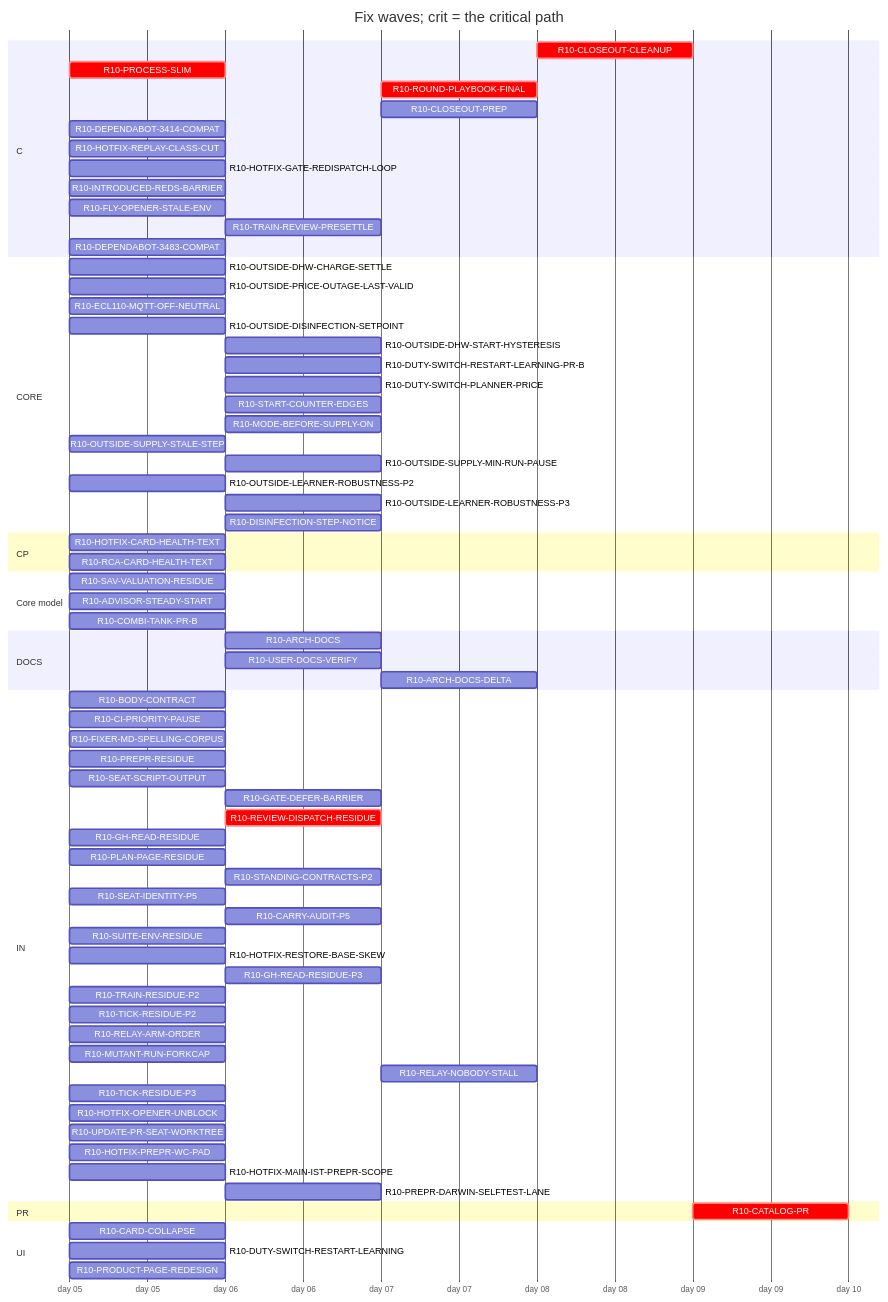
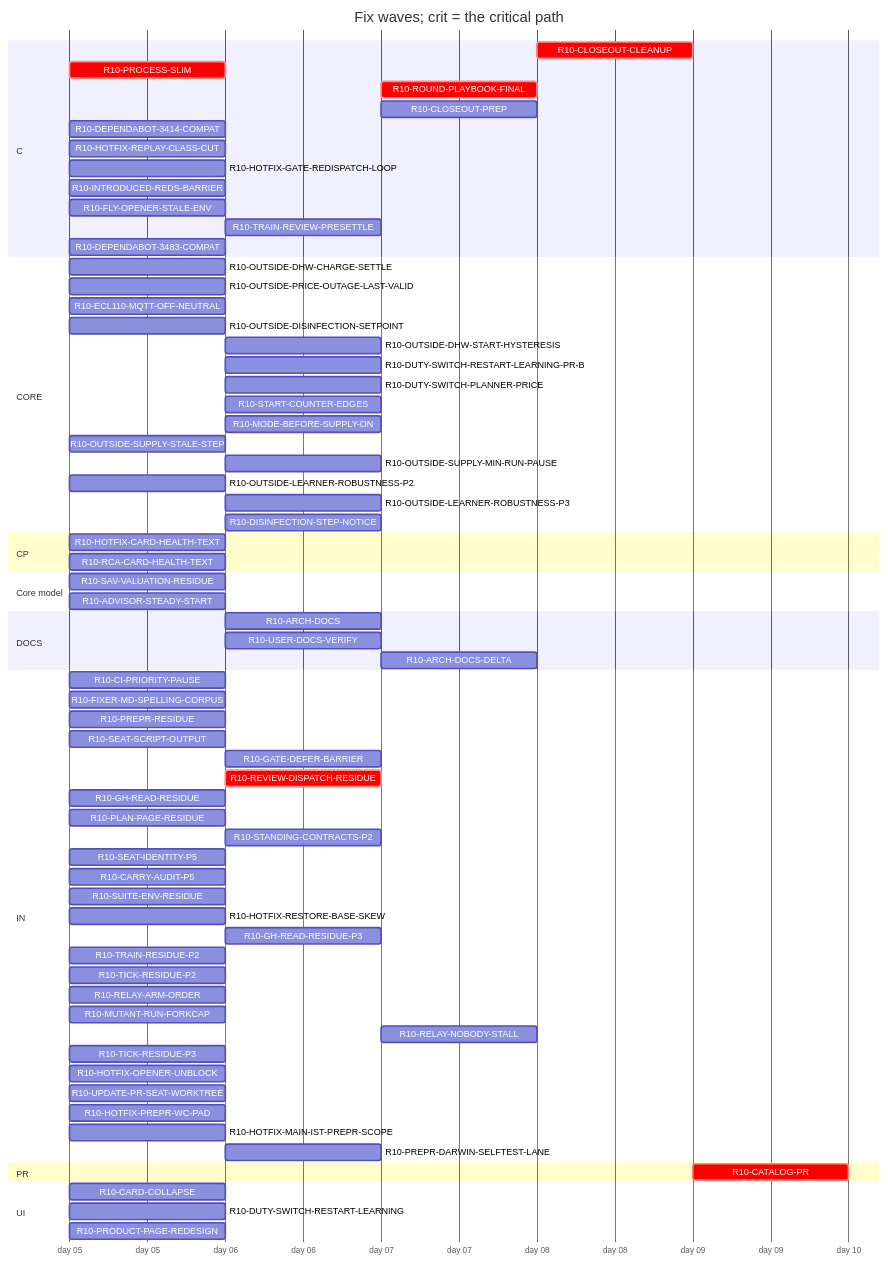
Before and after one commit to tvofi/heatpump_optimizer: the diagram in handoff/round10/state/PLAN-TABLE.md, drawn with Mermaid. The commit also changed other lines of this file and 4 other files, not shown here.

Commit message:
state: FLOW-BOARD.md, NEXT-SESSION-PROMPT.md, PLAN-TABLE.md, PLAN.html, RESUME-CURRENT.md regenerated (state_docs.py)

````diff
--- a/handoff/round10/state/PLAN-TABLE.md
+++ b/handoff/round10/state/PLAN-TABLE.md
@@ -21,77 +21,75 @@
 ```mermaid
 gantt
   title Fix waves; crit = the critical path
   dateFormat YYYY-MM-DD
   axisFormat day %d
   section C
     R10-CLOSEOUT-CLEANUP :crit, r10CLOSEOUTCLEANUP, after r10ARCHDOCS r10USERDOCSVERIFY r10ROUNDPLAYBOOKFINAL r10CLOSEOUTPREP r10ARCHDOCSDELTA, 1d
     R10-PROCESS-SLIM :crit, r10PROCESSSLIM, 2026-01-05, 1d
-    R10-ROUND-PLAYBOOK-FINAL :crit, r10ROUNDPLAYBOOKFINAL, after r10BODYCONTRACT r10PROCESSSLIM r10FIXERMDSPELLINGCORPUS r10PREPRRESIDUE r10SEATSCRIPTOUTPUT r10REVIEWDISPATCHRESIDUE r10CARRYAUDITP5 r10SEATIDENTITYP5 r10STANDINGCONTRACTSP2 r10PLANPAGERESIDUE r10GHREADRESIDUE r10SUITEENVRESIDUE r10GATEDEFERBARRIER, 1d
-    R10-CLOSEOUT-PREP :r10CLOSEOUTPREP, after r10ARCHDOCS r10BODYCONTRACT r10PROCESSSLIM r10FIXERMDSPELLINGCORPUS r10PREPRRESIDUE r10SEATSCRIPTOUTPUT r10REVIEWDISPATCHRESIDUE r10CARRYAUDITP5 r10SEATIDENTITYP5 r10STANDINGCONTRACTSP2 r10PLANPAGERESIDUE r10GHREADRESIDUE r10SUITEENVRESIDUE r10GATEDEFERBARRIER, 1d
+    R10-ROUND-PLAYBOOK-FINAL :crit, r10ROUNDPLAYBOOKFINAL, after r10PROCESSSLIM r10FIXERMDSPELLINGCORPUS r10PREPRRESIDUE r10SEATSCRIPTOUTPUT r10REVIEWDISPATCHRESIDUE r10CARRYAUDITP5 r10SEATIDENTITYP5 r10STANDINGCONTRACTSP2 r10PLANPAGERESIDUE r10GHREADRESIDUE r10SUITEENVRESIDUE r10GATEDEFERBARRIER, 1d
+    R10-CLOSEOUT-PREP :r10CLOSEOUTPREP, after r10ARCHDOCS r10PROCESSSLIM r10FIXERMDSPELLINGCORPUS r10PREPRRESIDUE r10SEATSCRIPTOUTPUT r10REVIEWDISPATCHRESIDUE r10CARRYAUDITP5 r10SEATIDENTITYP5 r10STANDINGCONTRACTSP2 r10PLANPAGERESIDUE r10GHREADRESIDUE r10SUITEENVRESIDUE r10GATEDEFERBARRIER, 1d
     R10-DEPENDABOT-3414-COMPAT :r10DEPENDABOT3414COMPAT, 2026-01-05, 1d
     R10-HOTFIX-REPLAY-CLASS-CUT :r10HOTFIXREPLAYCLASSCUT, 2026-01-05, 1d
     R10-HOTFIX-GATE-REDISPATCH-LOOP :r10HOTFIXGATEREDISPATCHLOOP, 2026-01-05, 1d
     R10-INTRODUCED-REDS-BARRIER :r10INTRODUCEDREDSBARRIER, 2026-01-05, 1d
     R10-FLY-OPENER-STALE-ENV :r10FLYOPENERSTALEENV, 2026-01-05, 1d
     R10-TRAIN-REVIEW-PRESETTLE :r10TRAINREVIEWPRESETTLE, after r10TRAINRESIDUEP2, 1d
     R10-DEPENDABOT-3483-COMPAT :r10DEPENDABOT3483COMPAT, 2026-01-05, 1d
   section CORE
     R10-OUTSIDE-DHW-CHARGE-SETTLE :r10OUTSIDEDHWCHARGESETTLE, 2026-01-05, 1d
     R10-OUTSIDE-PRICE-OUTAGE-LAST-VALID :r10OUTSIDEPRICEOUTAGELASTVALID, 2026-01-05, 1d
     R10-ECL110-MQTT-OFF-NEUTRAL :r10ECL110MQTTOFFNEUTRAL, 2026-01-05, 1d
     R10-OUTSIDE-DISINFECTION-SETPOINT :r10OUTSIDEDISINFECTIONSETPOINT, 2026-01-05, 1d
     R10-OUTSIDE-DHW-START-HYSTERESIS :r10OUTSIDEDHWSTARTHYSTERESIS, after r10OUTSIDEDISINFECTIONSETPOINT, 1d
     R10-DUTY-SWITCH-RESTART-LEARNING-PR-B :r10DUTYSWITCHRESTARTLEARNINGPRB, after r10DUTYSWITCHRESTARTLEARNING, 1d
     R10-DUTY-SWITCH-PLANNER-PRICE :r10DUTYSWITCHPLANNERPRICE, after r10DUTYSWITCHRESTARTLEARNING, 1d
     R10-START-COUNTER-EDGES :r10STARTCOUNTEREDGES, after r10DUTYSWITCHRESTARTLEARNING, 1d
     R10-MODE-BEFORE-SUPPLY-ON :r10MODEBEFORESUPPLYON, after r10DUTYSWITCHRESTARTLEARNING, 1d
     R10-OUTSIDE-SUPPLY-STALE-STEP :r10OUTSIDESUPPLYSTALESTEP, 2026-01-05, 1d
     R10-OUTSIDE-SUPPLY-MIN-RUN-PAUSE :r10OUTSIDESUPPLYMINRUNPAUSE, after r10OUTSIDESUPPLYSTALESTEP, 1d
     R10-OUTSIDE-LEARNER-ROBUSTNESS-P2 :r10OUTSIDELEARNERROBUSTNESSP2, 2026-01-05, 1d
     R10-OUTSIDE-LEARNER-ROBUSTNESS-P3 :r10OUTSIDELEARNERROBUSTNESSP3, after r10OUTSIDELEARNERROBUSTNESSP2, 1d
     R10-DISINFECTION-STEP-NOTICE :r10DISINFECTIONSTEPNOTICE, after r10OUTSIDEDISINFECTIONSETPOINT, 1d
   section CP
     R10-HOTFIX-CARD-HEALTH-TEXT :r10HOTFIXCARDHEALTHTEXT, 2026-01-05, 1d
     R10-RCA-CARD-HEALTH-TEXT :r10RCACARDHEALTHTEXT, 2026-01-05, 1d
   section Core model
     R10-SAV-VALUATION-RESIDUE :r10SAVVALUATIONRESIDUE, 2026-01-05, 1d
     R10-ADVISOR-STEADY-START :r10ADVISORSTEADYSTART, 2026-01-05, 1d
-    R10-COMBI-TANK-PR-B :r10COMBITANKPRB, 2026-01-05, 1d
   section DOCS
-    R10-ARCH-DOCS :r10ARCHDOCS, after r10BODYCONTRACT r10PROCESSSLIM, 1d
+    R10-ARCH-DOCS :r10ARCHDOCS, after r10PROCESSSLIM, 1d
     R10-USER-DOCS-VERIFY :r10USERDOCSVERIFY, after r10PRODUCTPAGEREDESIGN, 1d
-    R10-ARCH-DOCS-DELTA :r10ARCHDOCSDELTA, after r10ARCHDOCS r10SAVVALUATIONRESIDUE r10ADVISORSTEADYSTART r10COMBITANKPRB, 1d
+    R10-ARCH-DOCS-DELTA :r10ARCHDOCSDELTA, after r10ARCHDOCS r10SAVVALUATIONRESIDUE r10ADVISORSTEADYSTART, 1d
   section IN
-    R10-BODY-CONTRACT :r10BODYCONTRACT, 2026-01-05, 1d
     R10-CI-PRIORITY-PAUSE :r10CIPRIORITYPAUSE, 2026-01-05, 1d
     R10-FIXER-MD-SPELLING-CORPUS :r10FIXERMDSPELLINGCORPUS, 2026-01-05, 1d
     R10-PREPR-RESIDUE :r10PREPRRESIDUE, 2026-01-05, 1d
     R10-SEAT-SCRIPT-OUTPUT :r10SEATSCRIPTOUTPUT, 2026-01-05, 1d
     R10-GATE-DEFER-BARRIER :r10GATEDEFERBARRIER, after r10HOTFIXGATEREDISPATCHLOOP, 1d
     R10-REVIEW-DISPATCH-RESIDUE :crit, r10REVIEWDISPATCHRESIDUE, after r10PROCESSSLIM, 1d
     R10-GH-READ-RESIDUE :r10GHREADRESIDUE, 2026-01-05, 1d
     R10-PLAN-PAGE-RESIDUE :r10PLANPAGERESIDUE, 2026-01-05, 1d
     R10-STANDING-CONTRACTS-P2 :r10STANDINGCONTRACTSP2, after r10FIXERMDSPELLINGCORPUS, 1d
     R10-SEAT-IDENTITY-P5 :r10SEATIDENTITYP5, 2026-01-05, 1d
-    R10-CARRY-AUDIT-P5 :r10CARRYAUDITP5, after r10BODYCONTRACT, 1d
+    R10-CARRY-AUDIT-P5 :r10CARRYAUDITP5, 2026-01-05, 1d
     R10-SUITE-ENV-RESIDUE :r10SUITEENVRESIDUE, 2026-01-05, 1d
     R10-HOTFIX-RESTORE-BASE-SKEW :r10HOTFIXRESTOREBASESKEW, 2026-01-05, 1d
     R10-GH-READ-RESIDUE-P3 :r10GHREADRESIDUEP3, after r10GHREADRESIDUE, 1d
     R10-TRAIN-RESIDUE-P2 :r10TRAINRESIDUEP2, 2026-01-05, 1d
     R10-TICK-RESIDUE-P2 :r10TICKRESIDUEP2, 2026-01-05, 1d
     R10-RELAY-ARM-ORDER :r10RELAYARMORDER, 2026-01-05, 1d
     R10-MUTANT-RUN-FORKCAP :r10MUTANTRUNFORKCAP, 2026-01-05, 1d
     R10-RELAY-NOBODY-STALL :r10RELAYNOBODYSTALL, after r10RELAYARMORDER r10REVIEWDISPATCHRESIDUE, 1d
     R10-TICK-RESIDUE-P3 :r10TICKRESIDUEP3, 2026-01-05, 1d
     R10-HOTFIX-OPENER-UNBLOCK :r10HOTFIXOPENERUNBLOCK, 2026-01-05, 1d
     R10-UPDATE-PR-SEAT-WORKTREE :r10UPDATEPRSEATWORKTREE, 2026-01-05, 1d
     R10-HOTFIX-PREPR-WC-PAD :r10HOTFIXPREPRWCPAD, 2026-01-05, 1d
     R10-HOTFIX-MAIN-IST-PREPR-SCOPE :r10HOTFIXMAINISTPREPRSCOPE, 2026-01-05, 1d
     R10-PREPR-DARWIN-SELFTEST-LANE :r10PREPRDARWINSELFTESTLANE, after r10HOTFIXPREPRWCPAD, 1d
   section PR
     R10-CATALOG-PR :crit, r10CATALOGPR, after r10USERDOCSVERIFY r10ARCHDOCS r10ROUNDPLAYBOOKFINAL r10CLOSEOUTCLEANUP r10CLOSEOUTPREP r10ARCHDOCSDELTA, 1d
   section UI
     R10-CARD-COLLAPSE :r10CARDCOLLAPSE, 2026-01-05, 1d
     R10-DUTY-SWITCH-RESTART-LEARNING :r10DUTYSWITCHRESTARTLEARNING, 2026-01-05, 1d
     R10-PRODUCT-PAGE-REDESIGN :r10PRODUCTPAGEREDESIGN, 2026-01-05, 1d
 ```
````
